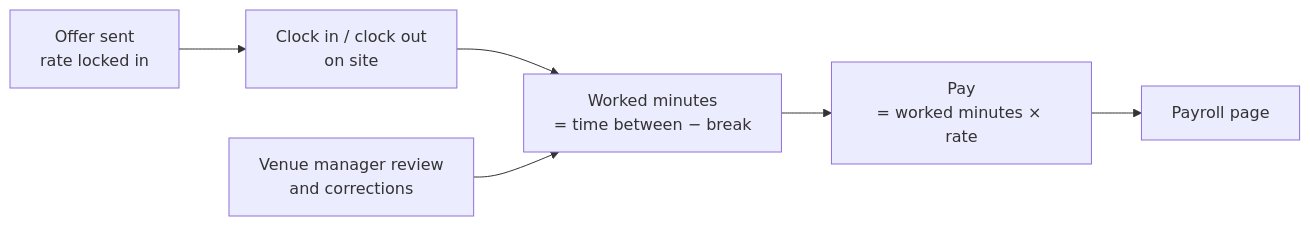
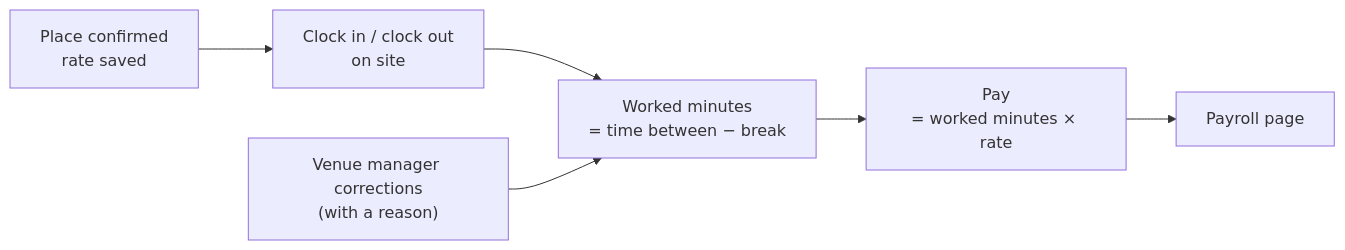
Before and after one commit to Rabblo06/rab-recurit: the diagram in packages/rab-docs/payroll/overview.mdx, drawn with Mermaid. The commit also changed other lines of this file and 213 other files, not shown here.

````diff
--- a/packages/rab-docs/payroll/overview.mdx
+++ b/packages/rab-docs/payroll/overview.mdx
@@ -33,8 +28,8 @@
 ```mermaid
 flowchart LR
-    O["Offer sent<br/>rate locked in"] --> A["Clock in / clock out<br/>on site"]
+    O["Place confirmed<br/>rate saved"] --> A["Clock in / clock out<br/>on site"]
     A --> W["Worked minutes<br/>= time between − break"]
     W --> P["Pay<br/>= worked minutes × rate"]
-    R["Venue manager review<br/>and corrections"] --> W
+    R["Venue manager corrections<br/>(with a reason)"] --> W
     P --> PR["Payroll page"]
 ```
````
